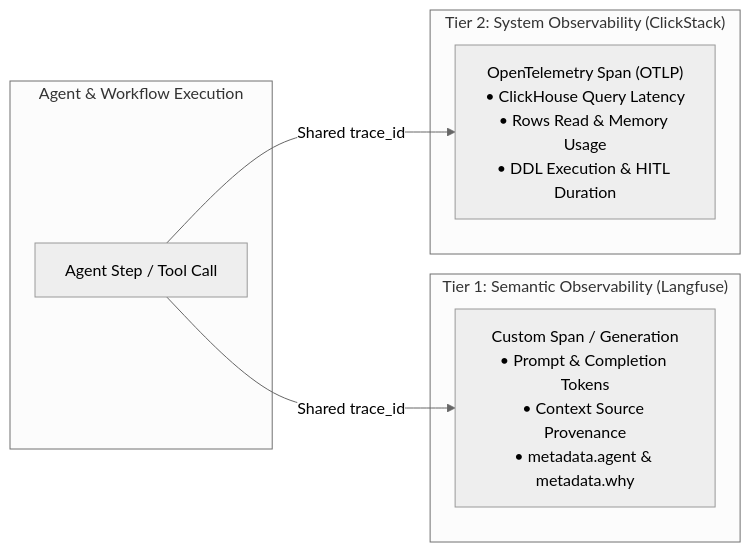
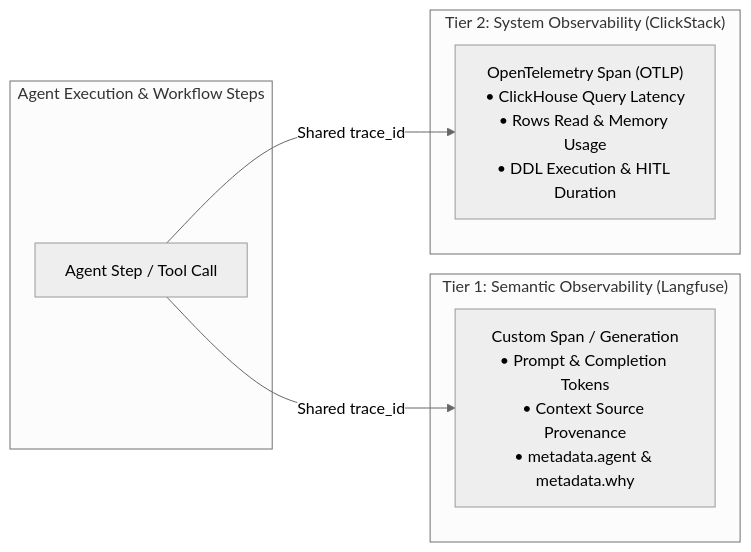
Before and after one commit to deepesh17feb/InsightMesh: the sixth of 6 diagrams in ARCHITECTURE.md, drawn with Mermaid (neutral theme). The commit also changed other lines of this file and 1 other file, not shown here.

Commit message:
docs: update submission README and ARCHITECTURE to align with official guidelines

````diff
--- a/ARCHITECTURE.md
+++ b/ARCHITECTURE.md
@@ -359,17 +348,17 @@
 ```mermaid
 flowchart LR
-    subgraph AgentExecution ["Agent & Workflow Execution"]
+    subgraph AgentExecution ["Agent Execution & Workflow Steps"]
         STEP["Agent Step / Tool Call"]
     end
 
     subgraph SemanticTier ["Tier 1: Semantic Observability (Langfuse)"]
         LF_SPAN["Custom Span / Generation<br/>• Prompt & Completion Tokens<br/>• Context Source Provenance<br/>• metadata.agent & metadata.why"]
     end
 
     subgraph SystemTier ["Tier 2: System Observability (ClickStack)"]
         CS_SPAN["OpenTelemetry Span (OTLP)<br/>• ClickHouse Query Latency<br/>• Rows Read & Memory Usage<br/>• DDL Execution & HITL Duration"]
     end
 
     STEP -->|Shared trace_id| LF_SPAN
     STEP -->|Shared trace_id| CS_SPAN
 ```
````
